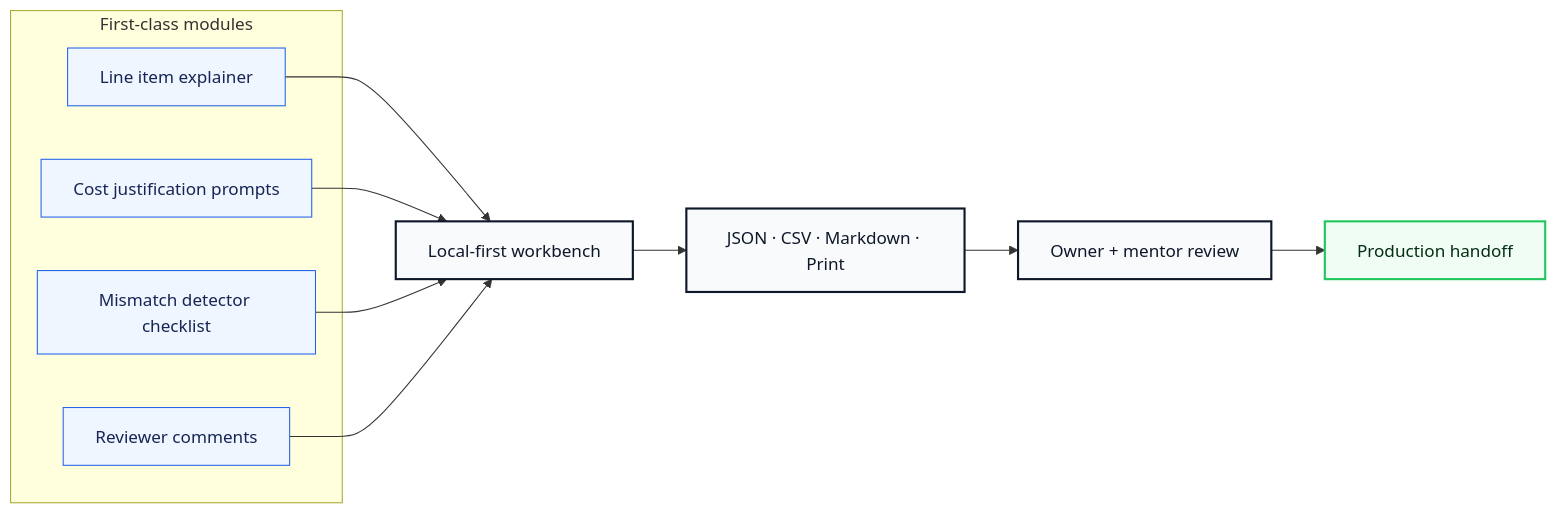
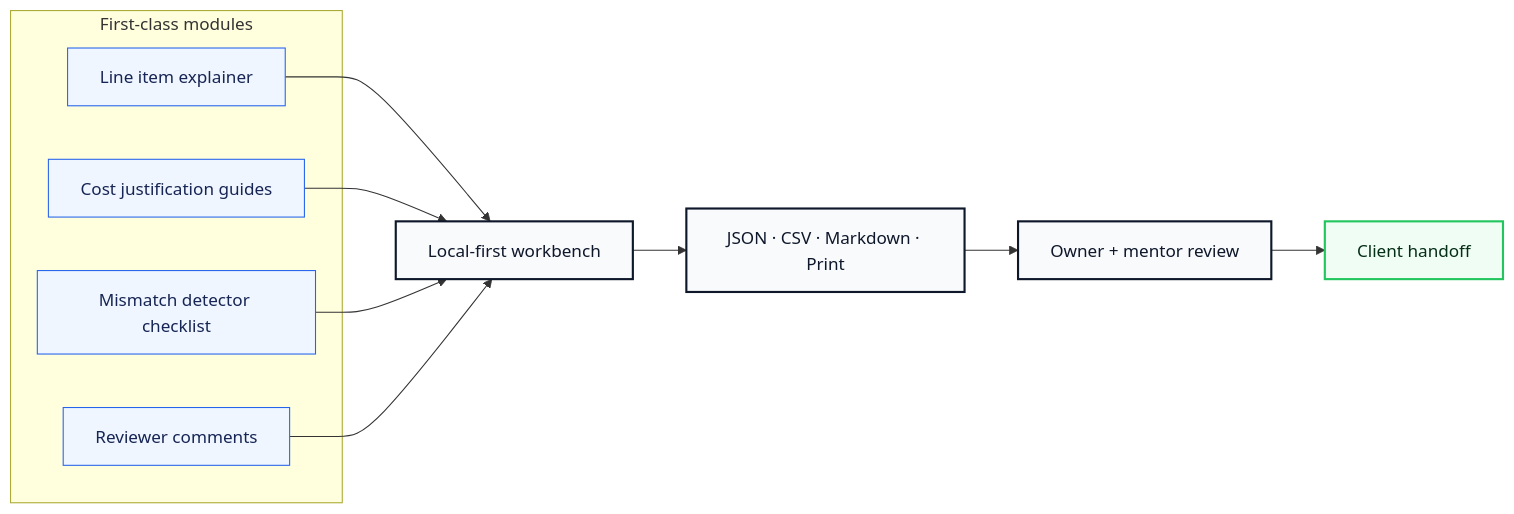
The second of 3 diagrams in README.md (volta-npo/budget-narrative-studio), drawn with Mermaid before and after one commit. The commit also changed other lines of this file and 28 other files, not shown here.

````diff
--- a/README.md
+++ b/README.md
@@ -64,23 +64,23 @@
 ```mermaid
 flowchart LR
     subgraph Modules["First-class modules"]
         M1["Line item explainer"]
-        M2["Cost justification prompts"]
+        M2["Cost justification guides"]
         M3["Mismatch detector checklist"]
         M4["Reviewer comments"]
     end
     M1 --> Workbench
     M2 --> Workbench
     M3 --> Workbench
     M4 --> Workbench
     Workbench["Local-first workbench"] --> Exports["JSON · CSV · Markdown · Print"]
     Exports --> Review["Owner + mentor review"]
-    Review --> Launch["Production handoff"]
+    Review --> Launch["Client handoff"]
 
     classDef module fill:#eff6ff,stroke:#2563eb,color:#172554;
     classDef app fill:#f8fafc,stroke:#0f172a,color:#0f172a,stroke-width:2px;
     classDef launch fill:#f0fdf4,stroke:#22c55e,color:#052e16,stroke-width:2px;
     class M1,M2,M3,M4 module;
     class Workbench,Exports,Review app;
     class Launch launch;
 ```
````
